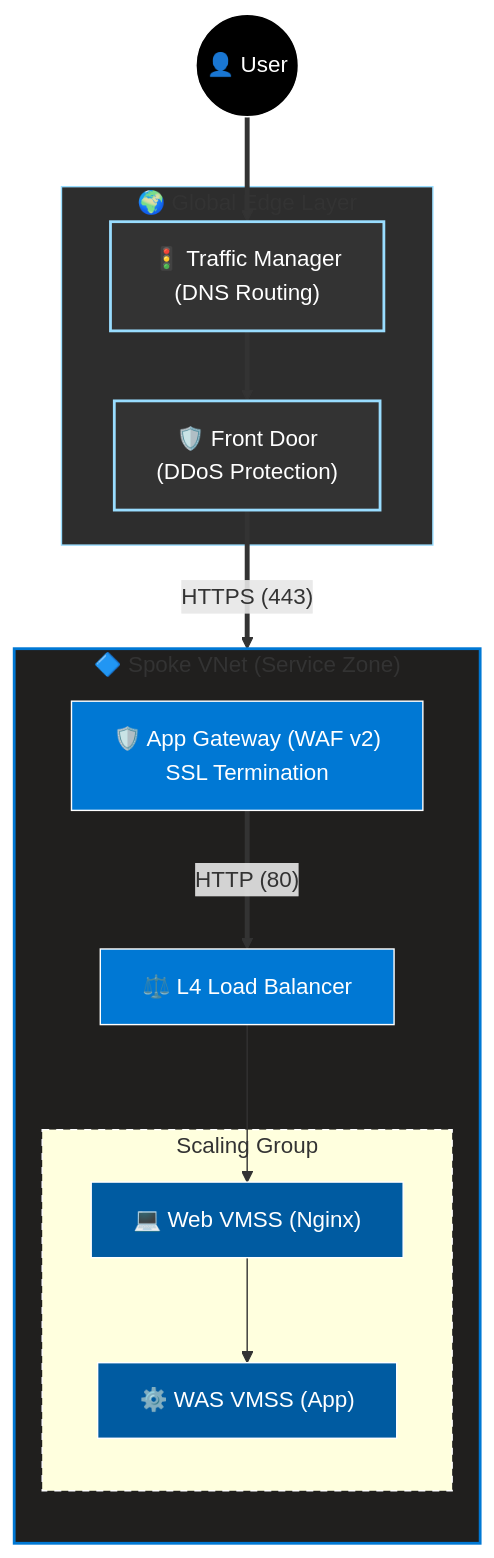
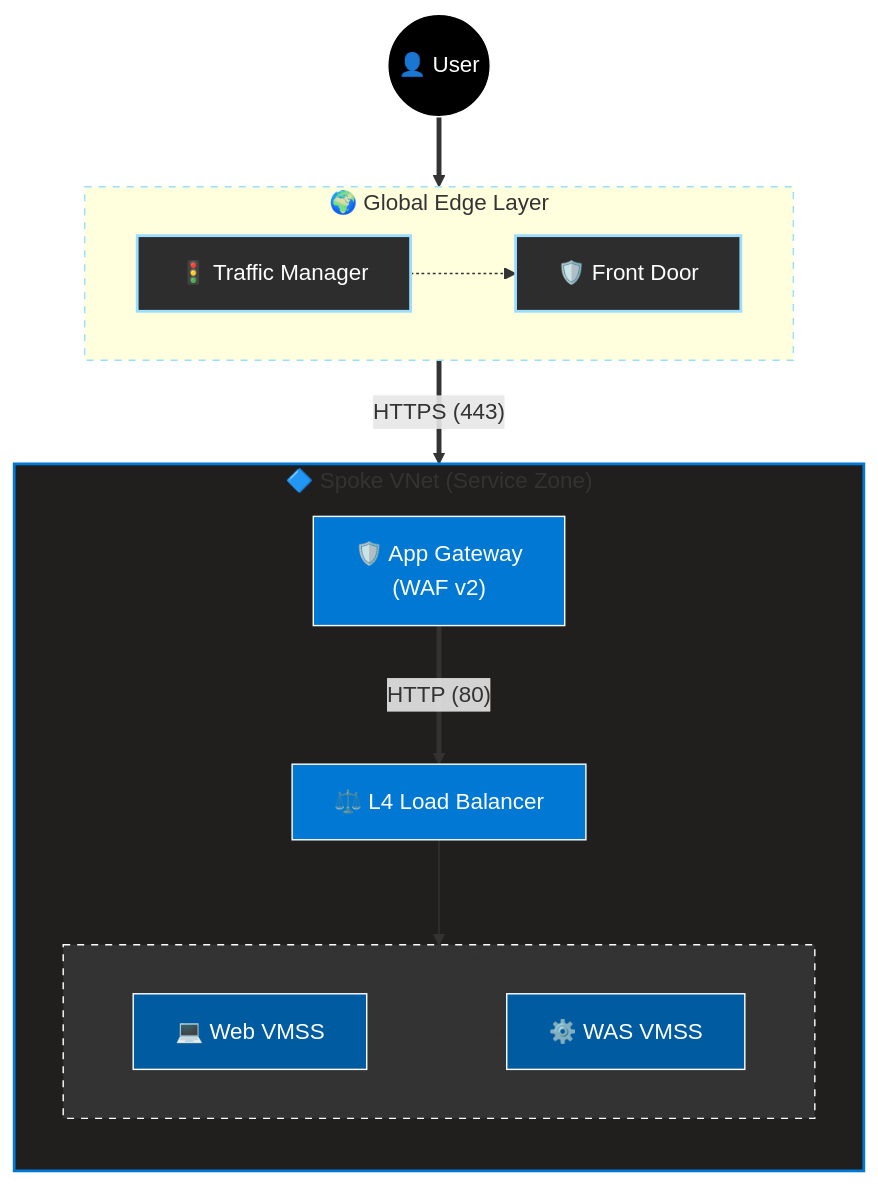
One commit to HamaPr/HamaPr.github.io changed the second of 4 diagrams in _posts/security-architecture/2025-12-01-Terraform-basedAzureSecurityArchitecture.md. Above: the diagram before and after it, drawn with Mermaid. The commit also changed other lines of this file, not shown here.

````diff
--- a/_posts/security-architecture/2025-12-01-Terraform-basedAzureSecurityArchitecture.md
+++ b/_posts/security-architecture/2025-12-01-Terraform-basedAzureSecurityArchitecture.md
@@ -171,40 +167,37 @@
 ```mermaid
-flowchart TD
+graph TD
     %% --- Style Definitions ---
-    classDef edge fill:#333,stroke:#9df,stroke-width:2px,color:#fff;
+    classDef edge fill:#2d2d2d,stroke:#9df,stroke-width:2px,color:#fff;
     classDef net fill:#0078D4,stroke:#fff,color:#fff;
     classDef compute fill:#005BA1,stroke:#fff,color:#fff;
     classDef user fill:#000,stroke:#fff,color:#fff;
-
-    %% --- Nodes ---
     User(("👤 User")):::user
-    
     subgraph Edge ["🌍 Global Edge Layer"]
-        TM["🚦 Traffic Manager<br/>(DNS Routing)"]:::edge
-        FD["🛡️ Front Door<br/>(DDoS Protection)"]:::edge
+        direction LR
+        TM["🚦 Traffic Manager"]:::edge
+        FD["🛡️ Front Door"]:::edge
+        TM -.-> FD
     end
-    
     subgraph Spoke ["🔷 Spoke VNet (Service Zone)"]
         direction TB
-        AppGW["🛡️ App Gateway (WAF v2)<br/>SSL Termination"]:::net
+        AppGW["🛡️ App Gateway<br/>(WAF v2)"]:::net
         LB["⚖️ L4 Load Balancer"]:::net
-        
-        subgraph VMSS_Group ["Scaling Group"]
-            Web["💻 Web VMSS (Nginx)"]:::compute
-            WAS["⚙️ WAS VMSS (App)"]:::compute
+        subgraph Scale ["Scaling Group"]
+            direction LR
+            Web["💻 Web VMSS"]:::compute
+            WAS["⚙️ WAS VMSS"]:::compute
         end
     end
 
     %% --- Flows ---
-    User ==> TM
-    TM ==> FD
-    FD ==>|"HTTPS (443)"| AppGW
+    User ==> Edge
+    Edge ==>|"HTTPS (443)"| AppGW
     AppGW ==>|"HTTP (80)"| LB
-    LB --> Web
+    LB --> Scale
     Web --> WAS
 
-    %% --- Styling the Subgraphs ---
-    style Edge fill:#2d2d2d,stroke:#9df
+    %% --- Styling ---
+    style Edge fill:#transparent,stroke:#9df,stroke-dasharray: 5 5
     style Spoke fill:#201F1E,stroke:#0078D4,stroke-width:2px
-    style VMSS_Group fill:#transparent,stroke:#fff,stroke-dasharray: 5 5
+    style Scale fill:#333,stroke:#fff,stroke-dasharray: 5 5
 ```
````
